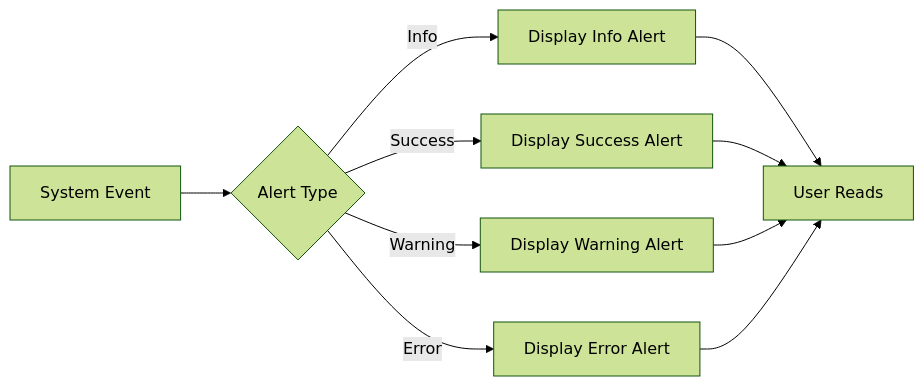
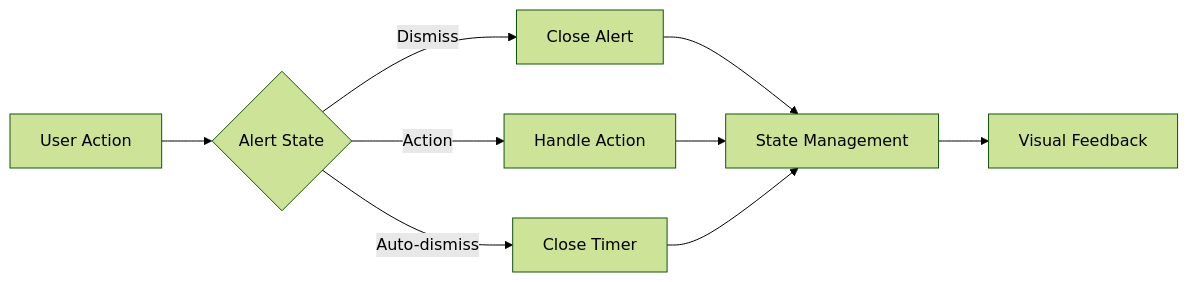
The third of 3 diagrams in DOCS/components/feedback/Alert.md (gedeza/thrive-send), drawn with Mermaid (forest theme) before and after one commit. The commit also changed other lines of this file and 25 other files, not shown here.

````diff
--- a/DOCS/components/feedback/Alert.md
+++ b/DOCS/components/feedback/Alert.md
@@ -102,12 +128,13 @@
 ```mermaid
 graph LR
-    A[System Event] --> B{Alert Type}
-    B -->|Info| C[Display Info Alert]
-    B -->|Success| D[Display Success Alert]
-    B -->|Warning| E[Display Warning Alert]
-    B -->|Error| F[Display Error Alert]
-    C --> G[User Reads]
-    D --> G
-    E --> G
-    F --> G
+    A[User Action] --> B{Alert State}
+    B -->|Dismiss| C[Close Alert]
+    B -->|Action| D[Handle Action]
+    B -->|Auto-dismiss| E[Close Timer]
+    
+    C --> F[State Management]
+    D --> F
+    E --> F
+    
+    F --> G[Visual Feedback]
 ```
````
